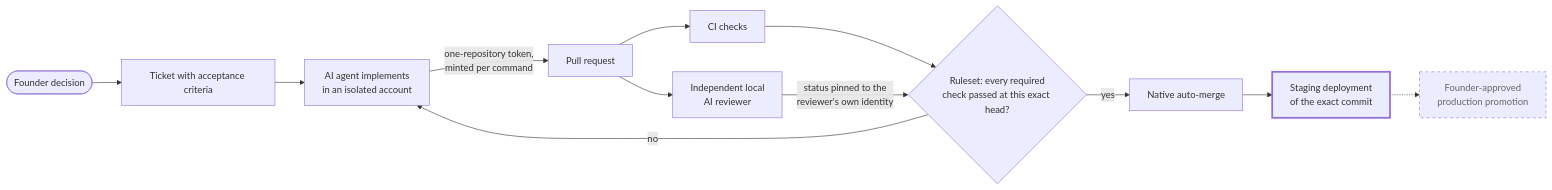
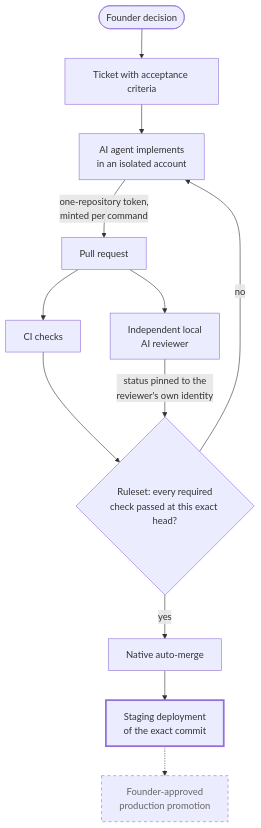
One commit to mk-global/engineering-showcase changed the diagram in README.md. Above: the diagram before and after it, drawn with Mermaid.

Commit message:
Show the README overview diagram top-down (#3)
A left-to-right chain rendered small at GitHub's default width and put the
planned production node under the zoom controls. Top-down keeps every node,
edge, label and status class and renders at a readable size.

````diff
--- a/README.md
+++ b/README.md
@@ -18,19 +18,19 @@
 ```mermaid
-flowchart LR
+flowchart TD
     founder(["Founder decision"]) --> ticket["Ticket with acceptance criteria"]
     ticket --> agent["AI agent implements<br/>in an isolated account"]
     agent -->|"one-repository token,<br/>minted per command"| pr["Pull request"]
     pr --> ci["CI checks"]
     pr --> review["Independent local<br/>AI reviewer"]
     ci --> gate{"Ruleset: every required<br/>check passed at this exact head?"}
     review -->|"status pinned to the<br/>reviewer's own identity"| gate
     gate -->|yes| merge["Native auto-merge"]
     gate -->|no| agent
     merge --> staging["Staging deployment<br/>of the exact commit"]
     staging -.-> prod["Founder-approved<br/>production promotion"]
 
     classDef planned stroke-dasharray: 5 5,color:#666;
     classDef partial stroke-width:3px;
     class prod planned;
     class staging partial;
 ```
````
